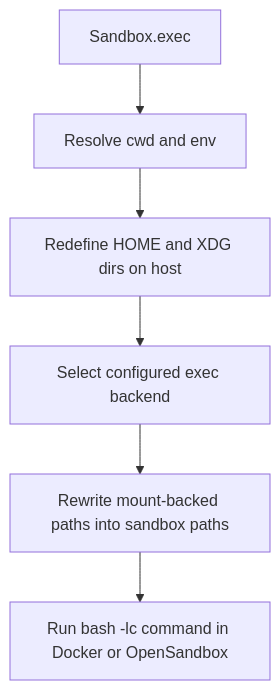
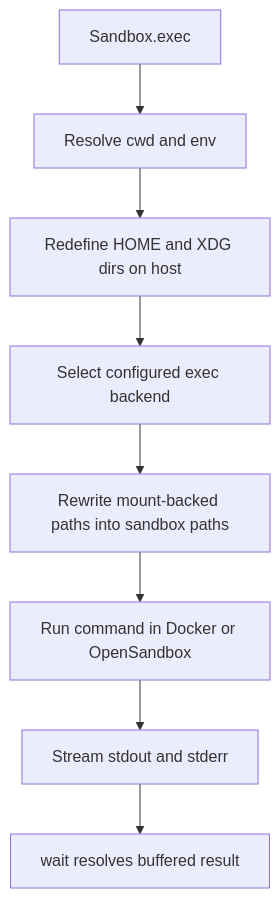
The diagram in packages/daycare/sources/sandbox/README.md (ex3ndr/daycare), drawn with Mermaid before and after one commit. The commit also changed other lines of this file and 29 other files, not shown here.

Commit message:
feat(sandbox): stream exec and kill process trees

````diff
--- a/packages/daycare/sources/sandbox/README.md
+++ b/packages/daycare/sources/sandbox/README.md
@@ -95,8 +110,10 @@
 ```mermaid
 flowchart TD
     A[Sandbox.exec] --> B[Resolve cwd and env]
     B --> C[Redefine HOME and XDG dirs on host]
     C --> D[Select configured exec backend]
     D --> E[Rewrite mount-backed paths into sandbox paths]
-    E --> F[Run bash -lc command in Docker or OpenSandbox]
+    E --> F[Run command in Docker or OpenSandbox]
+    F --> G[Stream stdout and stderr]
+    G --> H[wait resolves buffered result]
 ```
````
